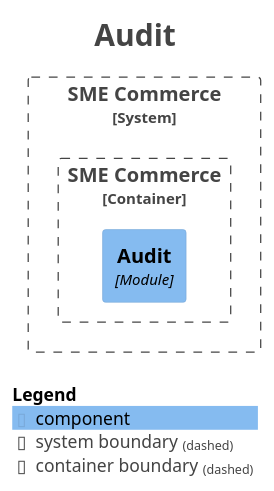
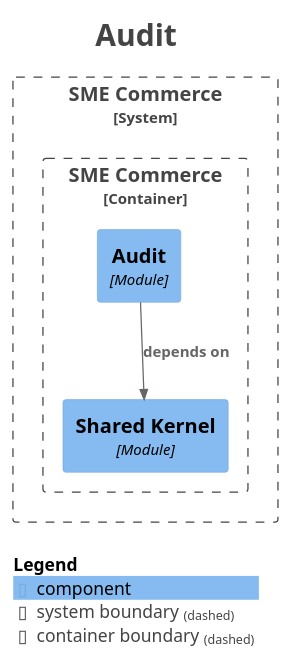
The diagram in docs/modules/module-audit.puml (hezronokwach/sme-commerce-platform), drawn with PlantUML before and after one commit. The commit also changed 19 other files, not shown here.

```diff
--- a/docs/modules/module-audit.puml
+++ b/docs/modules/module-audit.puml
@@ -1,27 +1,30 @@
 @startuml
 title <size:24>Audit</size>
 
 set separator none
 top to bottom direction
 
 <style>
   root {
     BackgroundColor: #ffffff
     FontColor: #444444
   }
 </style>
 
 !include <C4/C4>
 !include <C4/C4_Context>
 !include <C4/C4_Component>
 
 System_Boundary("SMECommerce_boundary", "SME Commerce", $tags="") {
   Container_Boundary("SMECommerce.SMECommerce_boundary", "SME Commerce", $tags="") {
+    Component(SMECommerce.SMECommerce.SharedKernel, "Shared Kernel", $techn="Module", $descr="", $tags="", $link="")
     Component(SMECommerce.SMECommerce.Audit, "Audit", $techn="Module", $descr="", $tags="", $link="")
   }
 
 }
 
+Rel(SMECommerce.SMECommerce.Audit, SMECommerce.SMECommerce.SharedKernel, "depends on", $techn="", $tags="", $link="")
+
 SHOW_LEGEND(true)
 hide stereotypes
 @enduml
```
